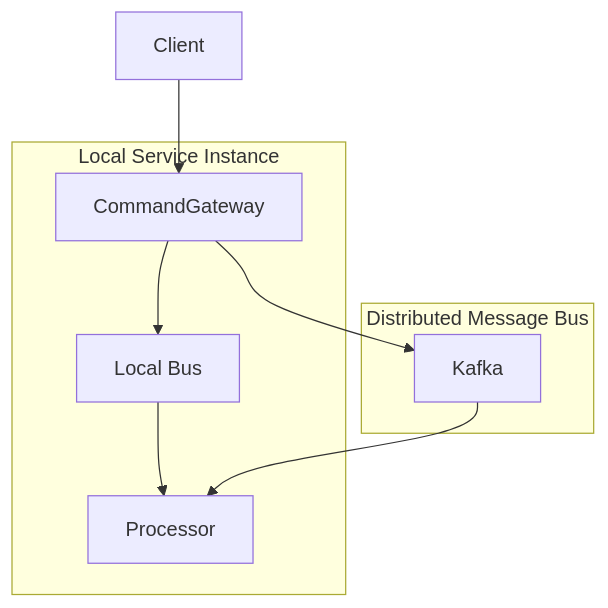
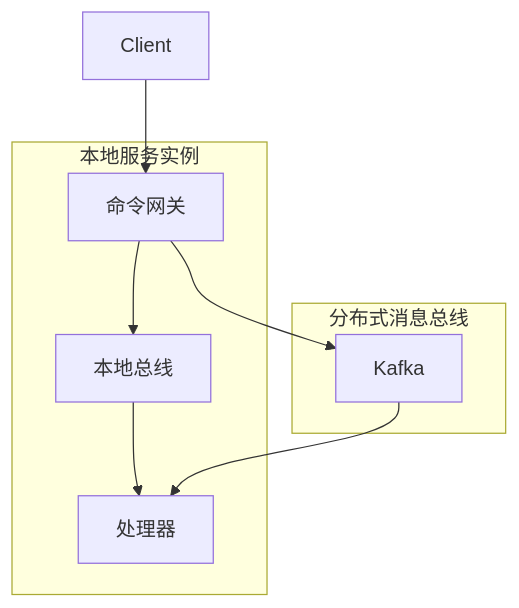
One commit to Ahoo-Wang/Wow changed the diagram in documentation/docs/zh/reference/config/core.md. Above: the diagram before and after it, drawn with Mermaid. The commit also changed other lines of this file and 11 other files, not shown here.

````diff
--- a/documentation/docs/zh/reference/config/core.md
+++ b/documentation/docs/zh/reference/config/core.md
@@ -52,18 +52,18 @@
 ```mermaid
 flowchart TB
-    subgraph Local["Local Service Instance"]
-        CG[CommandGateway]
-        LocalBus[Local Bus]
-        Processor[Processor]
+    subgraph Local["本地服务实例"]
+        CG[命令网关]
+        LocalBus[本地总线]
+        Processor[处理器]
     end
 
-    subgraph Distributed["Distributed Message Bus"]
+    subgraph Distributed["分布式消息总线"]
         Kafka[Kafka]
     end
 
     Client --> CG
     CG --> LocalBus
     CG --> Kafka
     LocalBus --> Processor
     Kafka --> Processor
 ```
````
